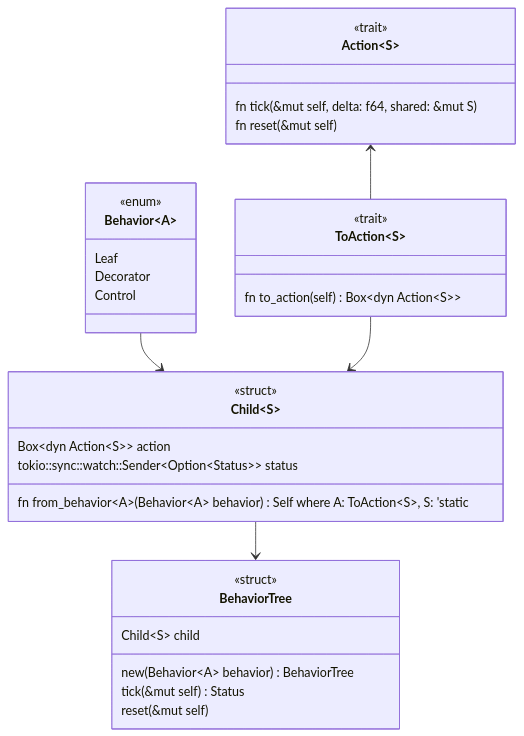
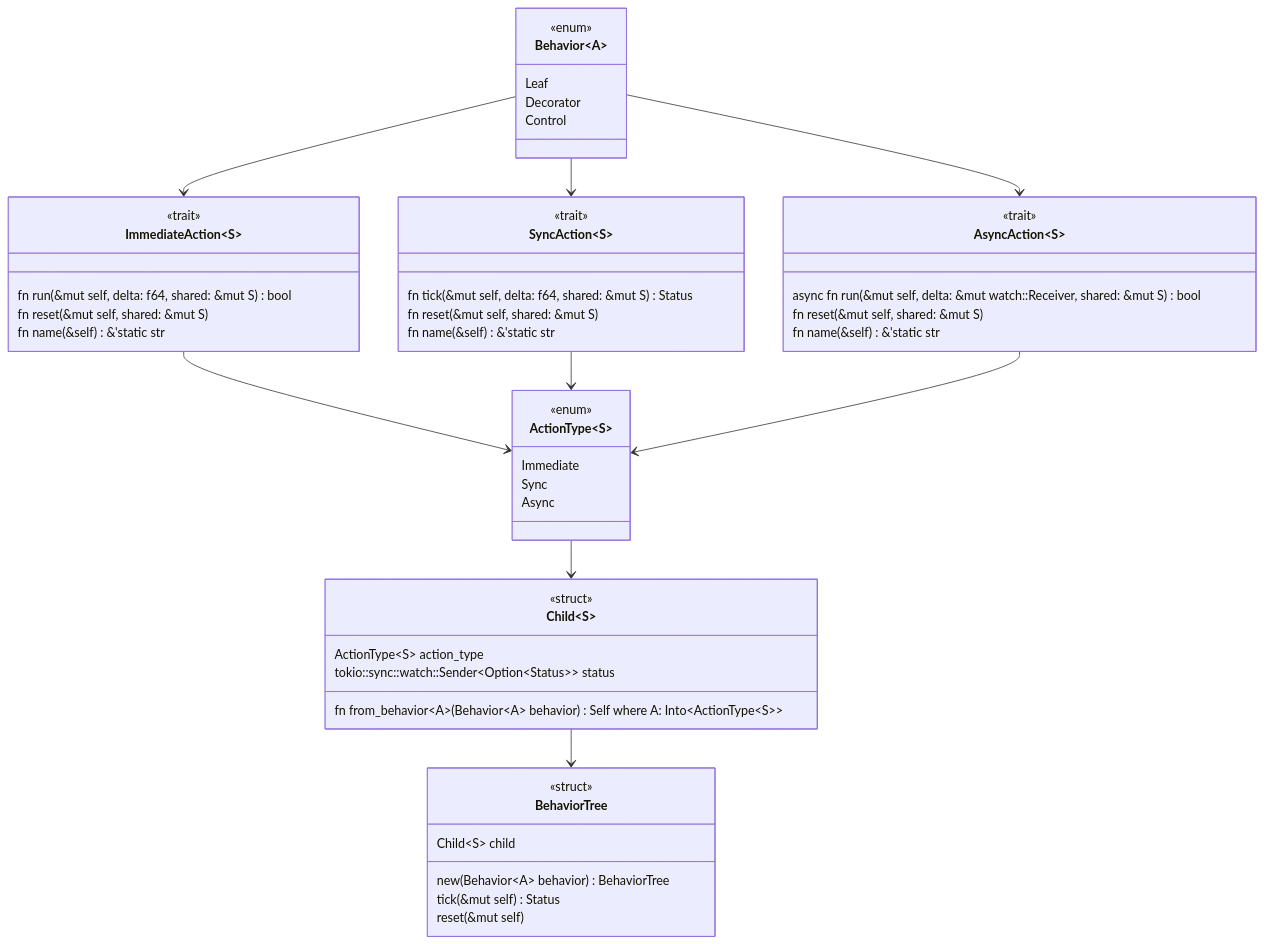
The diagram in README.md (coder137/behaviortree-rs), drawn with Mermaid before and after one commit. The commit also changed other lines of this file, not shown here.

````diff
--- a/README.md
+++ b/README.md
@@ -3,43 +3,64 @@
 ```mermaid
 classDiagram
-
-class Action~S~ {
-    <<trait>>
-    fn tick(&mut self, delta: f64, shared: &mut S)
-    fn reset(&mut self)
-}
 
 class Behavior~A~ {
     <<enum>>
     Leaf
     Decorator
     Control
 }
 
-class ToAction~S~ {
+class ImmediateAction~S~ {
     <<trait>>
-    fn to_action(self) Box~dyn Action~S~~
+    fn run(&mut self, delta: f64, shared: &mut S) bool
+    fn reset(&mut self, shared: &mut S)
+    fn name(&self) &'static str
+}
+
+class SyncAction~S~ {
+    <<trait>>
+    fn tick(&mut self, delta: f64, shared: &mut S) Status
+    fn reset(&mut self, shared: &mut S)
+    fn name(&self) &'static str
+}
+
+class AsyncAction~S~ {
+    <<trait>>
+    async fn run(&mut self, delta: &mut watch::Receiver<f64>, shared: &mut S) bool
+    fn reset(&mut self, shared: &mut S)
+    fn name(&self) &'static str
+}
+
+class ActionType~S~ {
+    <<enum>>
+    Immediate
+    Sync
+    Async
 }
 
 class Child~S~ {
     <<struct>>
-    Box~dyn Action~S~~ action
+    ActionType~S~ action_type
     tokio::sync::watch::Sender~Option~Status~~ status
 
-    fn from_behavior~A~(Behavior~A~ behavior) Self where A: ToAction~S~, S: 'static
+    fn from_behavior~A~(Behavior~A~ behavior) Self where A: Into~ActionType~S~~
 }
 
 class BehaviorTree {
     <<struct>>
     Child~S~ child
 
     new(Behavior~A~ behavior) BehaviorTree
     tick(&mut self) Status
     reset(&mut self)
 }
 
-Behavior --> Child
-Action <-- ToAction
-ToAction --> Child
+Behavior --> ImmediateAction
+Behavior --> SyncAction
+Behavior --> AsyncAction
+ImmediateAction --> ActionType
+SyncAction --> ActionType
+AsyncAction --> ActionType
+ActionType --> Child
 Child --> BehaviorTree
 ```
````
